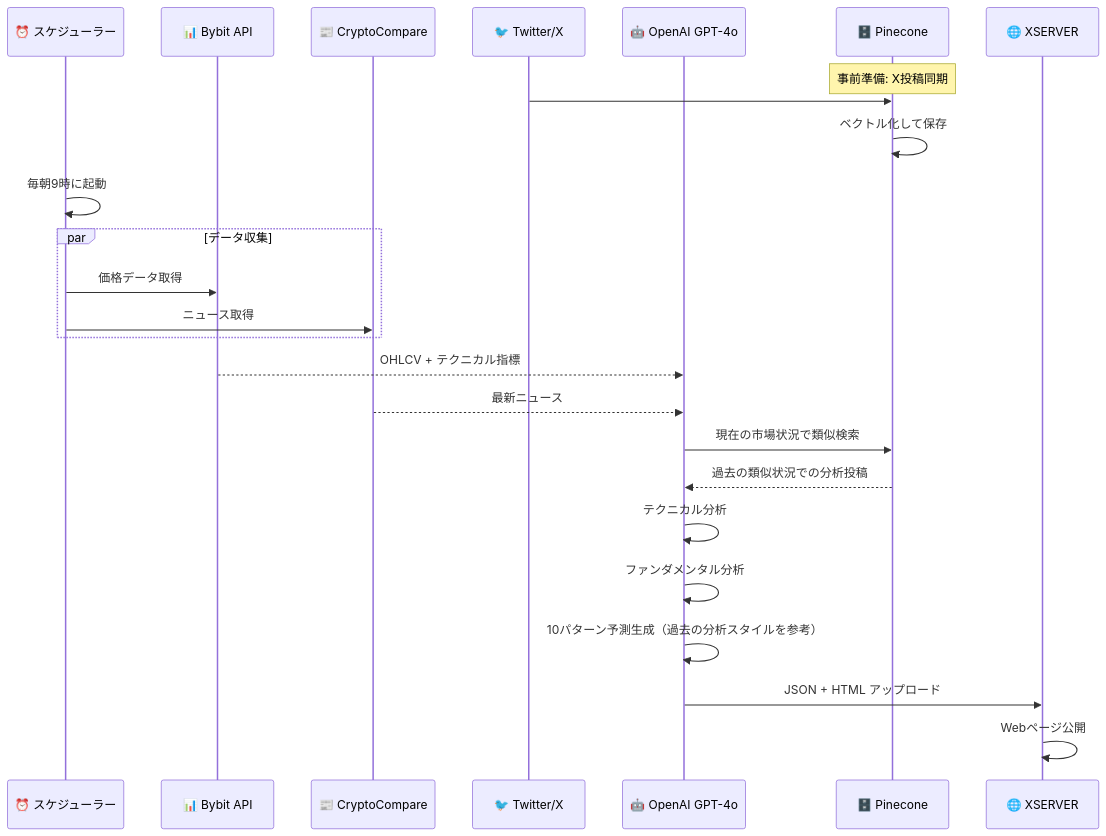
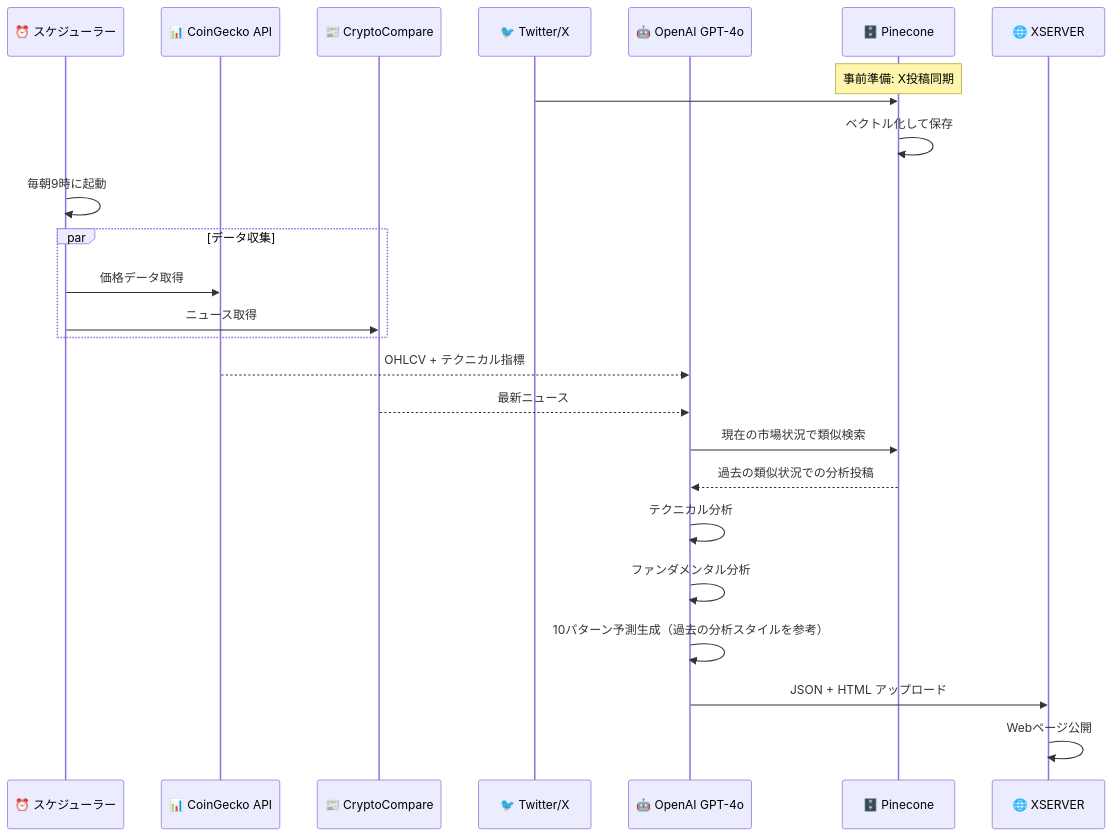
The second of 3 diagrams in .github/README.md (office8-inc/btc-investment-strategy), drawn with Mermaid before and after one commit. The commit also changed 3 other files, not shown here.

````diff
--- a/.github/README.md
+++ b/.github/README.md
@@ -73,34 +73,34 @@
 ```mermaid
 sequenceDiagram
     participant Scheduler as ⏰ スケジューラー
-    participant Bybit as 📊 Bybit API
+    participant CoinGecko as 📊 CoinGecko API
     participant News as 📰 CryptoCompare
     participant Twitter as 🐦 Twitter/X
     participant AI as 🤖 OpenAI GPT-4o
     participant Pinecone as 🗄️ Pinecone
     participant XSERVER as 🌐 XSERVER
 
     Note over Pinecone: 事前準備: X投稿同期
     Twitter->>Pinecone: #ビットコイン投稿を定期同期
     Pinecone->>Pinecone: ベクトル化して保存
 
     Scheduler->>Scheduler: 毎朝9時に起動
     
     par データ収集
-        Scheduler->>Bybit: 価格データ取得
+        Scheduler->>CoinGecko: 価格データ取得
         Scheduler->>News: ニュース取得
     end
     
-    Bybit-->>AI: OHLCV + テクニカル指標
+    CoinGecko-->>AI: OHLCV + テクニカル指標
     News-->>AI: 最新ニュース
     
     AI->>Pinecone: 現在の市場状況で類似検索
     Pinecone-->>AI: 過去の類似状況での分析投稿
     
     AI->>AI: テクニカル分析
     AI->>AI: ファンダメンタル分析
     AI->>AI: 10パターン予測生成（過去の分析スタイルを参考）
     
     AI->>XSERVER: JSON + HTML アップロード
     XSERVER->>XSERVER: Webページ公開
 ```
````
